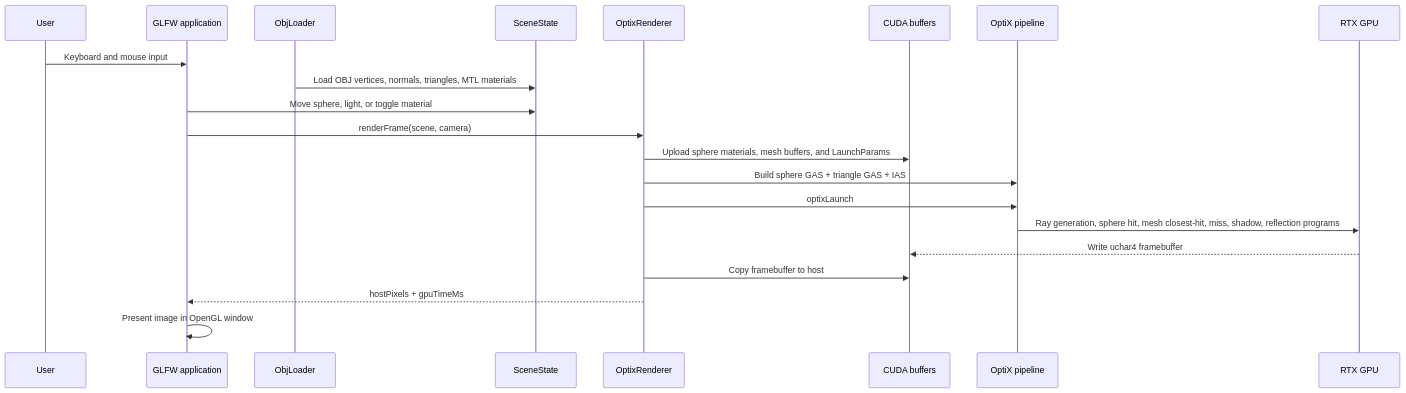
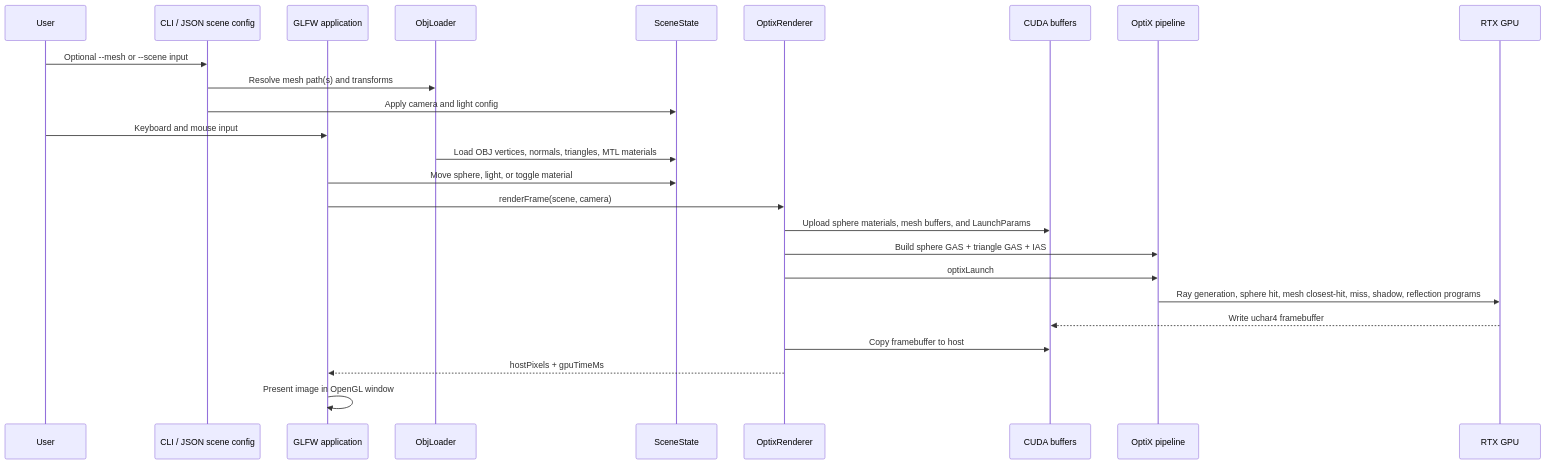
The second of 4 diagrams in RayTracerRTX/docs/architecture.md (Tundraws/RayTracer), drawn with Mermaid before and after one commit. The commit also changed other lines of this file and 18 other files, not shown here.

Commit message:
feat: load scene config inputs

````diff
--- a/RayTracerRTX/docs/architecture.md
+++ b/RayTracerRTX/docs/architecture.md
@@ -32,24 +35,28 @@
 ```mermaid
 sequenceDiagram
     participant User
+    participant Args as CLI / JSON scene config
     participant App as GLFW application
     participant ObjLoader as ObjLoader
     participant Scene as SceneState
     participant Renderer as OptixRenderer
     participant CUDA as CUDA buffers
     participant OptiX as OptiX pipeline
     participant GPU as RTX GPU
 
+    User->>Args: Optional --mesh or --scene input
+    Args->>ObjLoader: Resolve mesh path(s) and transforms
+    Args->>Scene: Apply camera and light config
     User->>App: Keyboard and mouse input
     ObjLoader->>Scene: Load OBJ vertices, normals, triangles, MTL materials
     App->>Scene: Move sphere, light, or toggle material
     App->>Renderer: renderFrame(scene, camera)
     Renderer->>CUDA: Upload sphere materials, mesh buffers, and LaunchParams
     Renderer->>OptiX: Build sphere GAS + triangle GAS + IAS
     Renderer->>OptiX: optixLaunch
     OptiX->>GPU: Ray generation, sphere hit, mesh closest-hit, miss, shadow, reflection programs
     GPU-->>CUDA: Write uchar4 framebuffer
     Renderer->>CUDA: Copy framebuffer to host
     Renderer-->>App: hostPixels + gpuTimeMs
     App->>App: Present image in OpenGL window
 ```
````
